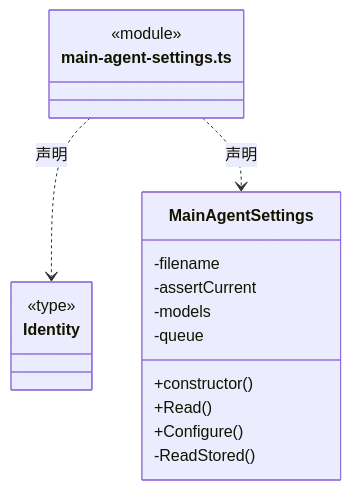
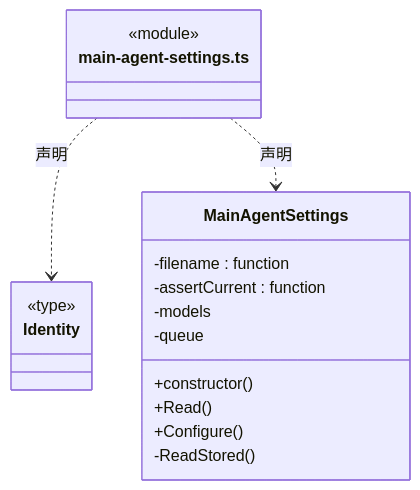
Before and after one commit to nan023062/cbim: the diagram in src/logic/team/settings/ARCHITECTURE.md, drawn with Mermaid. The commit also changed other lines of this file and 137 other files, not shown here.

Commit message:
fix: align architecture generator with documentation standards

````diff
--- a/src/logic/team/settings/ARCHITECTURE.md
+++ b/src/logic/team/settings/ARCHITECTURE.md
@@ -50,22 +52,22 @@
 ```mermaid
 classDiagram
 class N_src_logic_team_settings_main_agent_settings_ts["main-agent-settings.ts"] {
   <<module>>
 }
 class N_src_logic_team_settings_main_agent_settings_ts_Identity["Identity"] {
   <<type>>
 
 }
 N_src_logic_team_settings_main_agent_settings_ts ..> N_src_logic_team_settings_main_agent_settings_ts_Identity : 声明
 class N_src_logic_team_settings_main_agent_settings_ts_MainAgentSettings["MainAgentSettings"] {
   +constructor()
   +Read()
   +Configure()
-  -filename
-  -assertCurrent
+  -filename : function
+  -assertCurrent : function
   -models
   -queue
   -ReadStored()
 }
 N_src_logic_team_settings_main_agent_settings_ts ..> N_src_logic_team_settings_main_agent_settings_ts_MainAgentSettings : 声明
 ```
````
